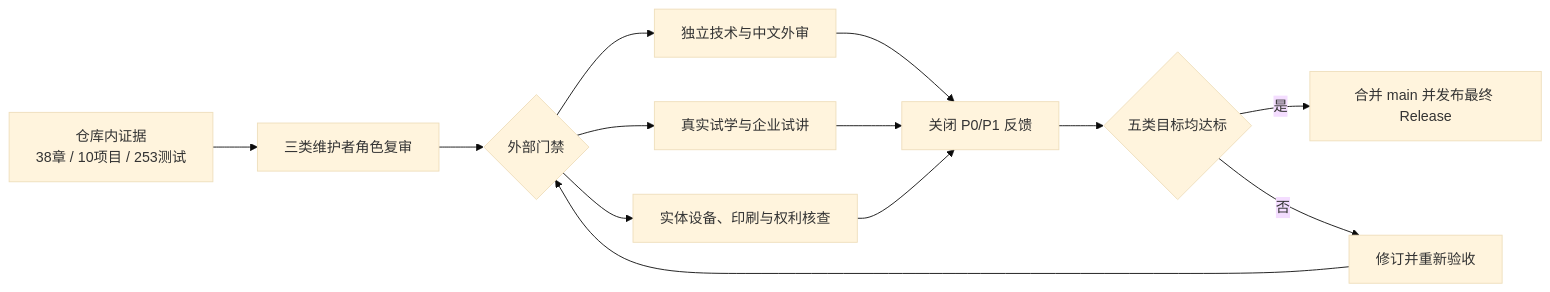
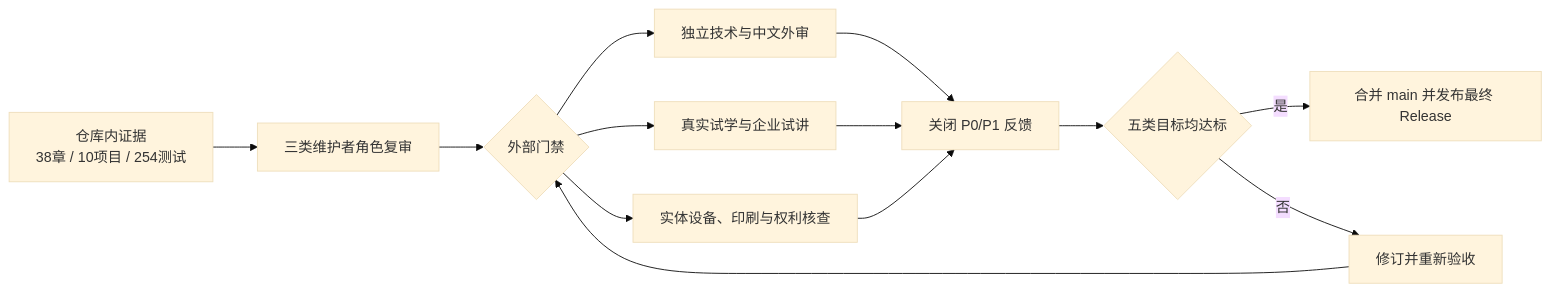
The diagram in docs/final-acceptance.md (wujinjun/ai-agent-book), drawn with Mermaid (base theme) before and after one commit. The commit also changed 27 other files, not shown here.

````diff
--- a/docs/final-acceptance.md
+++ b/docs/final-acceptance.md
@@ -5,18 +5,18 @@
 ```mermaid
 %% id: p9-final-acceptance-gates
 %% title: P9 最终验收门禁
 %% alt: 仓库内技术出版培训证据完成后，还必须经过独立外审、真实试学试讲、实体设备印刷和最终发布，才能关闭 P9
 flowchart LR
-    Repo["仓库内证据<br/>38章 / 10项目 / 253测试"] --> Internal["三类维护者角色复审"]
+    Repo["仓库内证据<br/>38章 / 10项目 / 254测试"] --> Internal["三类维护者角色复审"]
     Internal --> External{外部门禁}
     External --> Review[独立技术与中文外审]
     External --> Trial[真实试学与企业试讲]
     External --> Device[实体设备、印刷与权利核查]
     Review --> Feedback[关闭 P0/P1 反馈]
     Trial --> Feedback
     Device --> Feedback
     Feedback --> Score{五类目标均达标}
     Score -->|是| Release[合并 main 并发布最终 Release]
     Score -->|否| Improve[修订并重新验收]
     Improve --> External
 ```
````
